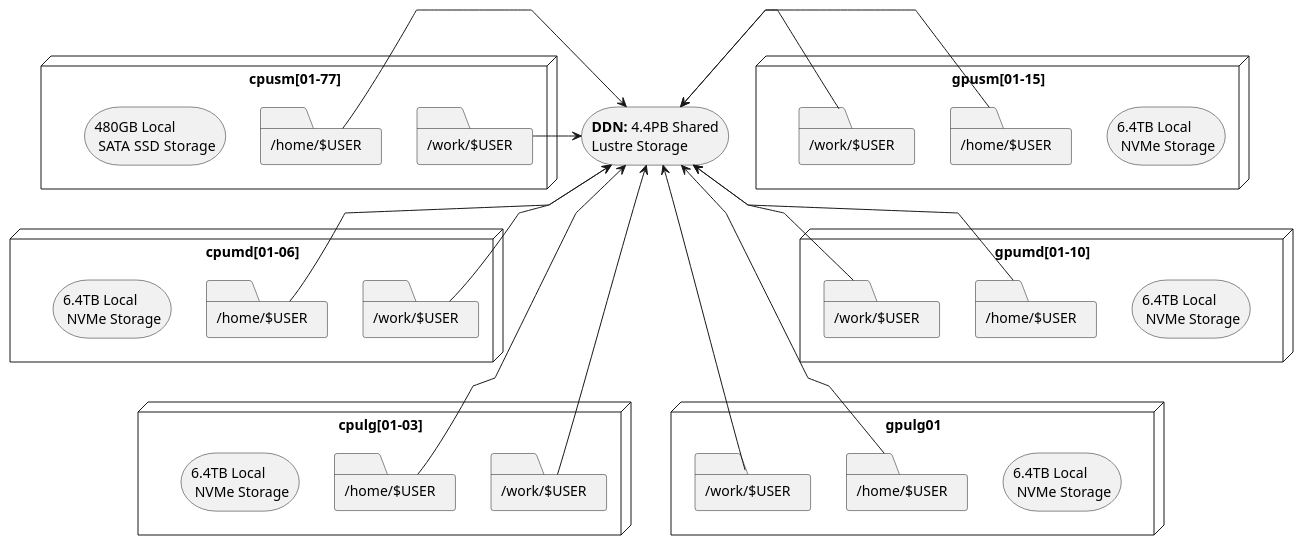
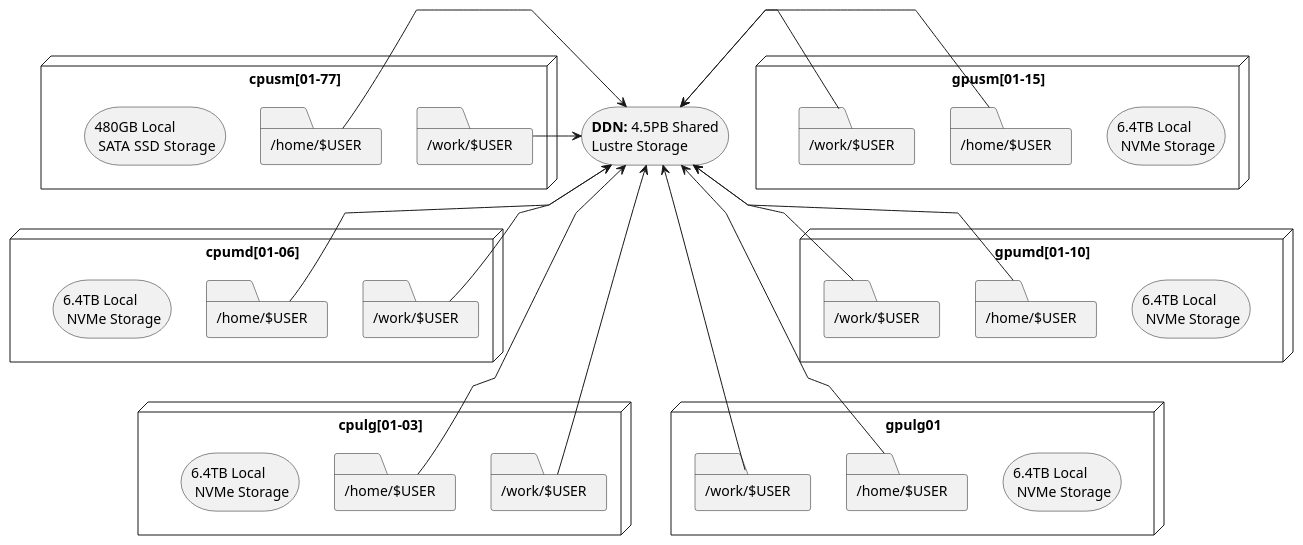
The diagram in guides/storage/images/logical_storage_architecture.puml (ularc/zurada), drawn with PlantUML before and after one commit. The commit also changed 5 other files, not shown here.

Commit message:
fix Lustre storage size and name in diagrams

```diff
--- a/guides/storage/images/logical_storage_architecture.puml
+++ b/guides/storage/images/logical_storage_architecture.puml
@@ -1,92 +1,92 @@
 @startuml
 skinparam linetype polyline
 
-storage "<b>DDN:</b> 4.4PB Shared\nLustre Storage" as ddn
+storage "<b>DDN:</b> 4.5PB Shared\nLustre Storage" as ddn
 
 node "cpusm[01-77]" as cpusm {
   folder "/home/$USER" as cpusm_home {
   }
   folder "/work/$USER" as cpusm_work {
   }
   storage "480GB Local\n SATA SSD Storage" as cpusm_storage
 }
 
 cpusm_storage -[hidden]right-> cpusm_home
 cpusm_home -[hidden]right-> cpusm_work
 
 node "cpumd[01-06]" as cpumd {
   folder "/home/$USER" as cpumd_home {
   }
   folder "/work/$USER" as cpumd_work {
   }
   storage "6.4TB Local\n NVMe Storage" as cpumd_storage
 }
 
 cpumd_storage -[hidden]right-> cpumd_home
 cpumd_home -[hidden]right-> cpumd_work
 
 node "cpulg[01-03]" as cpulg {
   folder "/home/$USER" as cpulg_home {
   }
   folder "/work/$USER" as cpulg_work {
   }
   storage "6.4TB Local\n NVMe Storage" as cpulg_storage
 }
 
 cpulg_storage -[hidden]right-> cpulg_home
 cpulg_home -[hidden]right-> cpulg_work
 
 node "gpusm[01-15]" as gpusm {
   folder "/home/$USER" as gpusm_home {
   }
   folder "/work/$USER" as gpusm_work {
   }
   storage "6.4TB Local\n NVMe Storage" as gpusm_storage
 }
 
 gpusm_work -[hidden]right-> gpusm_home
 gpusm_home -[hidden]right-> gpusm_storage
 
 node "gpumd[01-10]" as gpumd {
   folder "/home/$USER" as gpumd_home {
   }
   folder "/work/$USER" as gpumd_work {
   }
   storage "6.4TB Local\n NVMe Storage" as gpumd_storage
 }
 
 gpumd_work -[hidden]right-> gpumd_home
 gpumd_home -[hidden]right-> gpumd_storage
 
 node "gpulg01" as gpulg {
   folder "/home/$USER" as gpulg_home {
   }
   folder "/work/$USER" as gpulg_work {
   }
   storage "6.4TB Local\n NVMe Storage" as gpulg_storage
 }
 
 gpulg_work -[hidden]right-> gpulg_home
 gpulg_home -[hidden]right-> gpulg_storage
 
 cpusm -[hidden]down-> cpumd
 cpumd -[hidden]down-> cpulg
 
 gpusm -[hidden]down-> gpumd
 gpumd -[hidden]down-> gpulg
 
 ddn <- cpusm_work
 ddn <- cpumd_work
 ddn <- cpulg_work
 ddn <- cpusm_home
 ddn <- cpumd_home
 ddn <- cpulg_home
 
 ddn <- gpusm_work
 ddn <- gpumd_work
 ddn <- gpulg_work
 ddn <- gpusm_home
 ddn <- gpumd_home
 ddn <- gpulg_home
 
 @enduml
```
